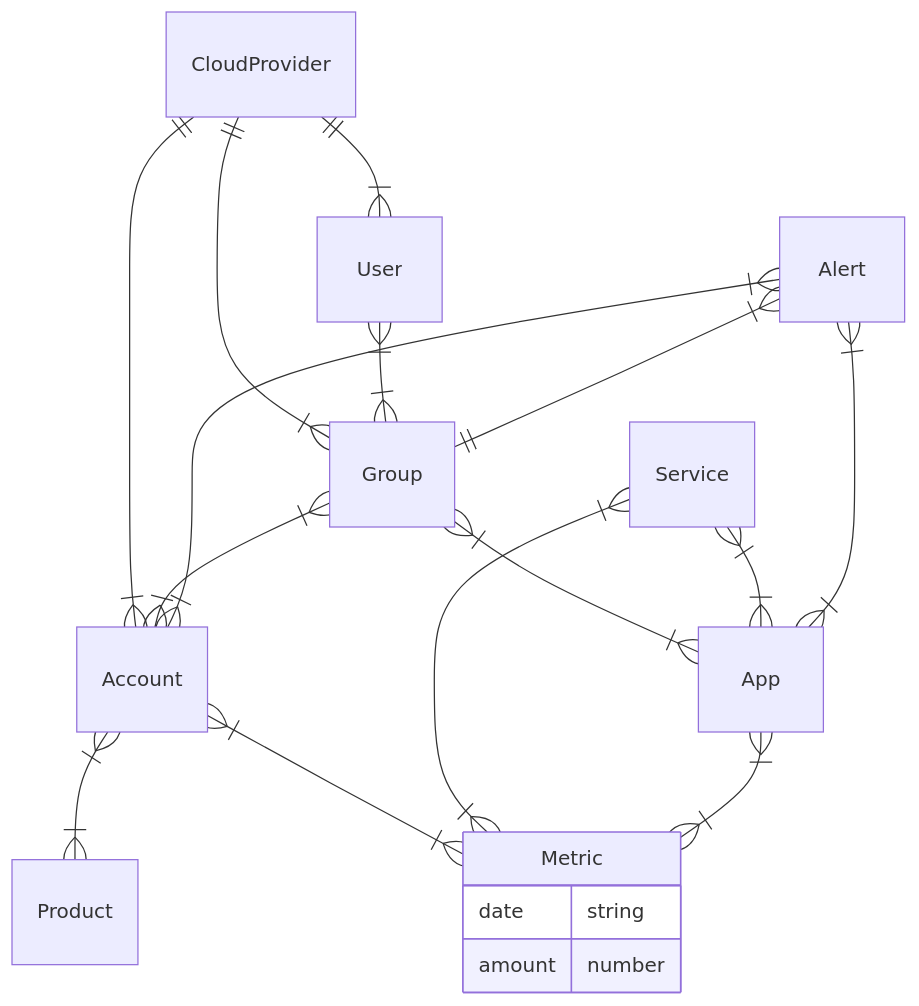
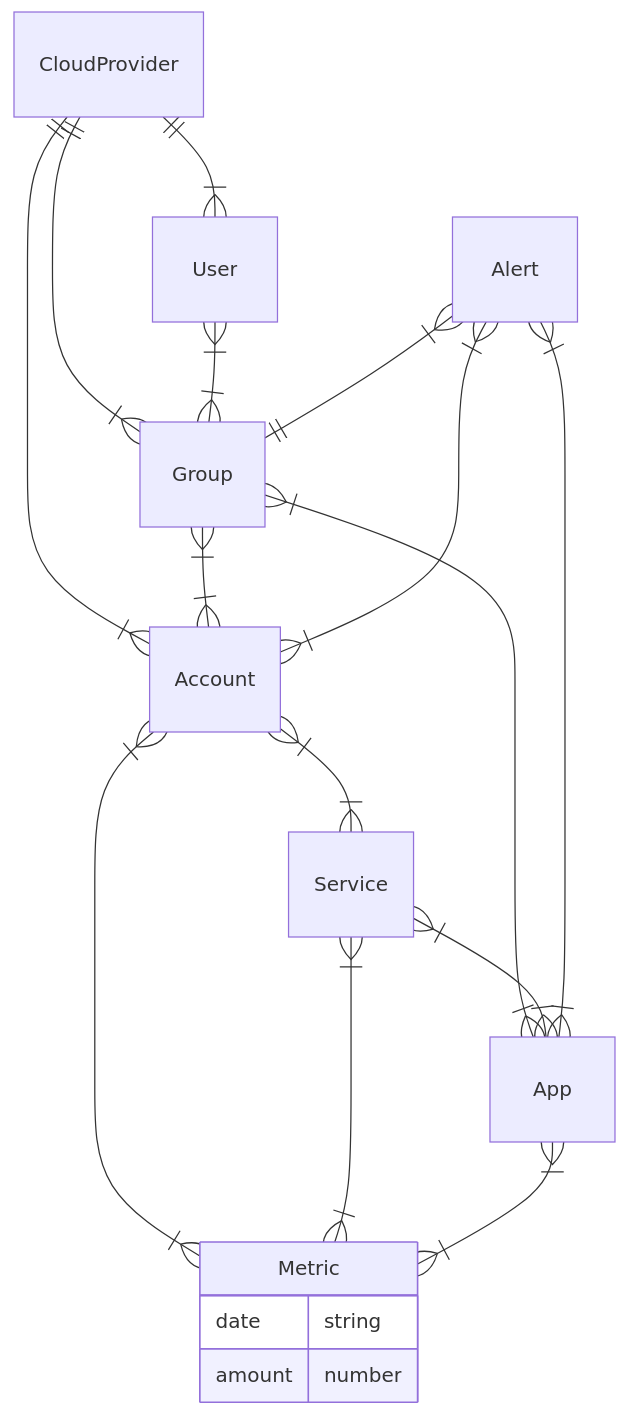
One commit to seizadi/cost-insights-backend changed the second of 3 diagrams in docs/index.md. Above: the diagram before and after it, drawn with Mermaid.

Commit message:
Fixed error in data model

````diff
--- a/docs/index.md
+++ b/docs/index.md
@@ -67,21 +67,21 @@
 ```mermaid
 erDiagram
     Metric {
         date string
         amount number
     }
     CloudProvider ||--|{ User : ""
     CloudProvider ||--|{ Group : ""
     CloudProvider ||--|{ Account : ""
     User }|--|{ Group : ""
     Group }|--|{ Account : ""    
-    Account }|--|{ Product : ""
+    Account }|--|{ Service : ""
     Account }|--|{ Metric : ""
     Service }|--|{ Metric : ""
     App }|--|{ Metric : ""
     Alert }|--|{ Account : ""
     Alert }|--|| Group : ""
     Group }|--|{ App : ""
     Service }|--|{ App : ""
     Alert }|--|{ App : ""
 ```
````
